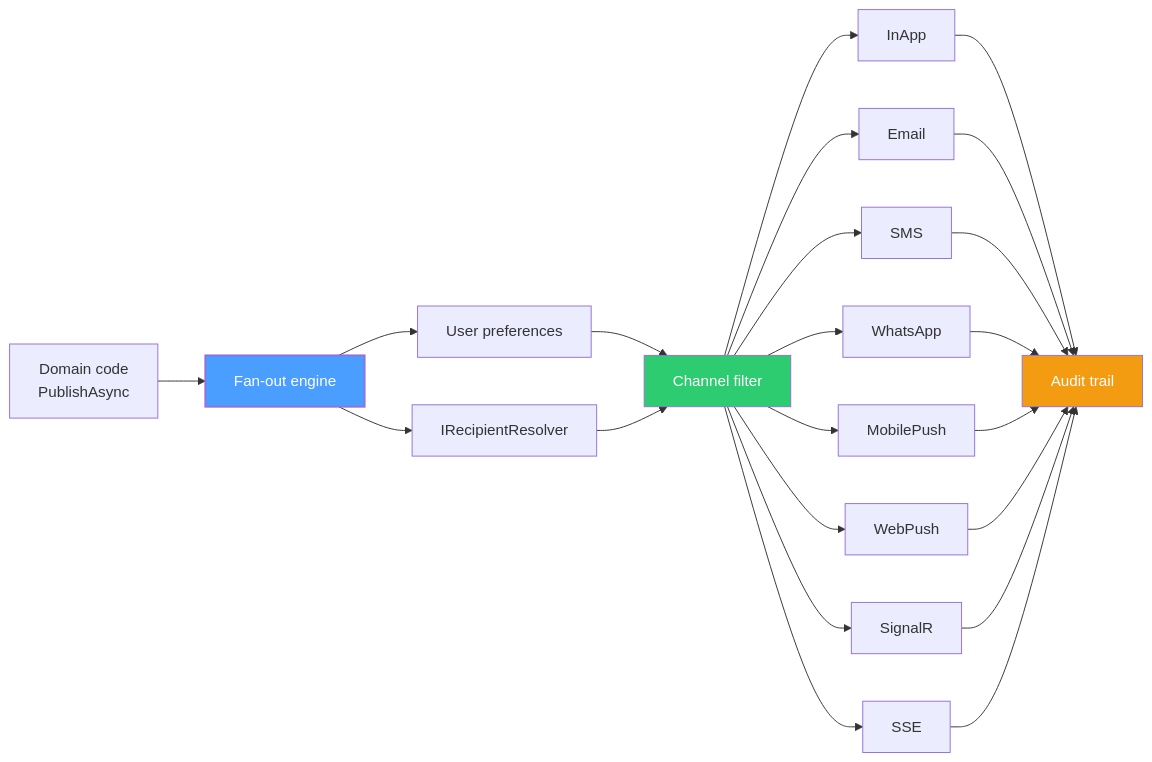
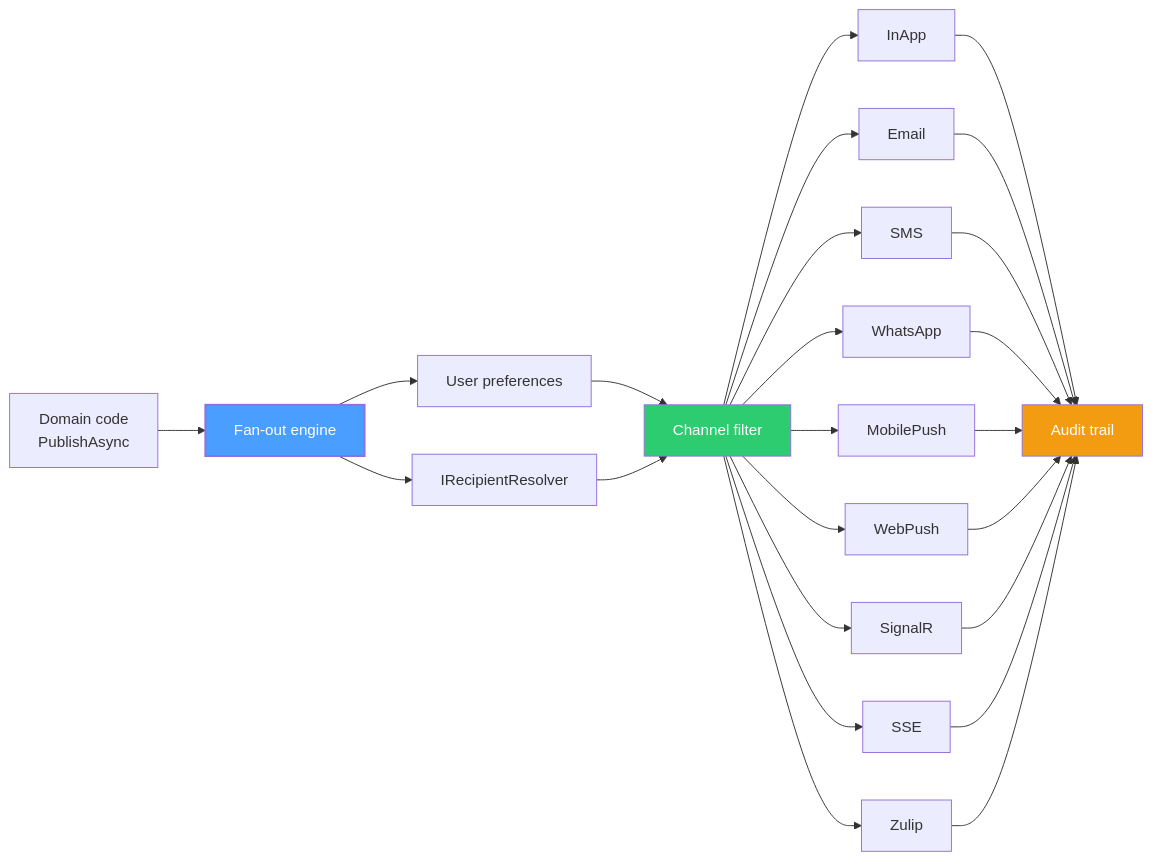
One commit to granit-fx/granit-docs changed the diagram in src/content/docs/blog/multi-channel-notifications-dotnet.mdx. Above: the diagram before and after it, drawn with Mermaid. The commit also changed other lines of this file and 23 other files, not shown here.

````diff
--- a/src/content/docs/blog/multi-channel-notifications-dotnet.mdx
+++ b/src/content/docs/blog/multi-channel-notifications-dotnet.mdx
@@ -28,28 +28,30 @@
 ```mermaid
 flowchart LR
     D[Domain code<br/>PublishAsync] --> E[Fan-out engine]
     E --> P[User preferences]
     E --> R[IRecipientResolver]
     P --> F[Channel filter]
     R --> F
     F --> InApp
     F --> Email
     F --> SMS
     F --> WhatsApp
     F --> MobilePush
     F --> WebPush
     F --> SignalR
     F --> SSE
+    F --> Zulip
     InApp --> A[Audit trail]
     Email --> A
     SMS --> A
     WhatsApp --> A
     MobilePush --> A
     WebPush --> A
     SignalR --> A
     SSE --> A
+    Zulip --> A
 
     style E fill:#4a9eff,color:#fff,stroke-width:2px
     style F fill:#2ecc71,color:#fff
     style A fill:#f39c12,color:#fff
 ```
````
